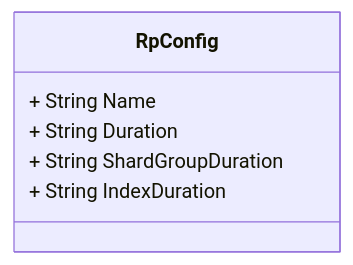
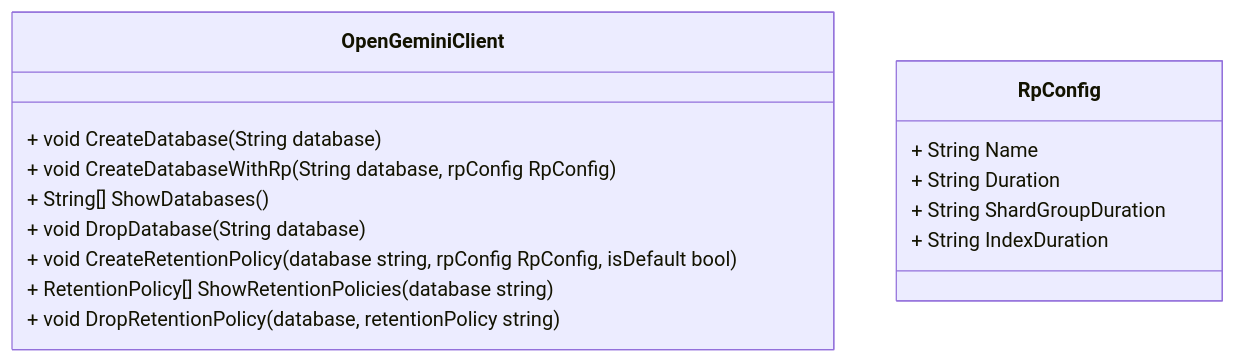
One commit to hezhangjian/hezhangjian.github.io changed the second of 8 diagrams in source/_posts/opengemini/opengemini-sdk-design.md. Above: the diagram before and after it, drawn with Mermaid.

Commit message:
add admin interface opengemini sdk

````diff
--- a/source/_posts/opengemini/opengemini-sdk-design.md
+++ b/source/_posts/opengemini/opengemini-sdk-design.md
@@ -64,9 +64,18 @@
 ```mermaid
 classDiagram
+    class OpenGeminiClient {
+        + void CreateDatabase(String database)
+        + void CreateDatabaseWithRp(String database, rpConfig RpConfig)
+        + String[] ShowDatabases()
+        + void DropDatabase(String database)
+        + void CreateRetentionPolicy(database string, rpConfig RpConfig, isDefault bool)
+        + RetentionPolicy[] ShowRetentionPolicies(database string)
+        + void DropRetentionPolicy(database, retentionPolicy string)
+    }
     class RpConfig {
         + String Name
         + String Duration
         + String ShardGroupDuration
         + String IndexDuration
     }
 ```
````
